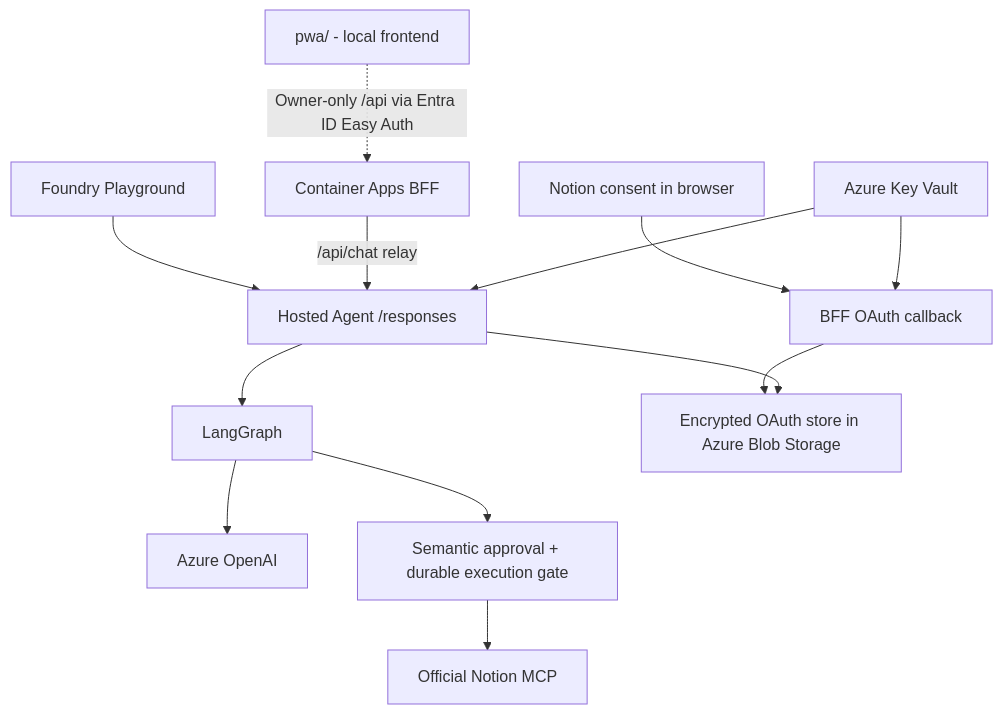
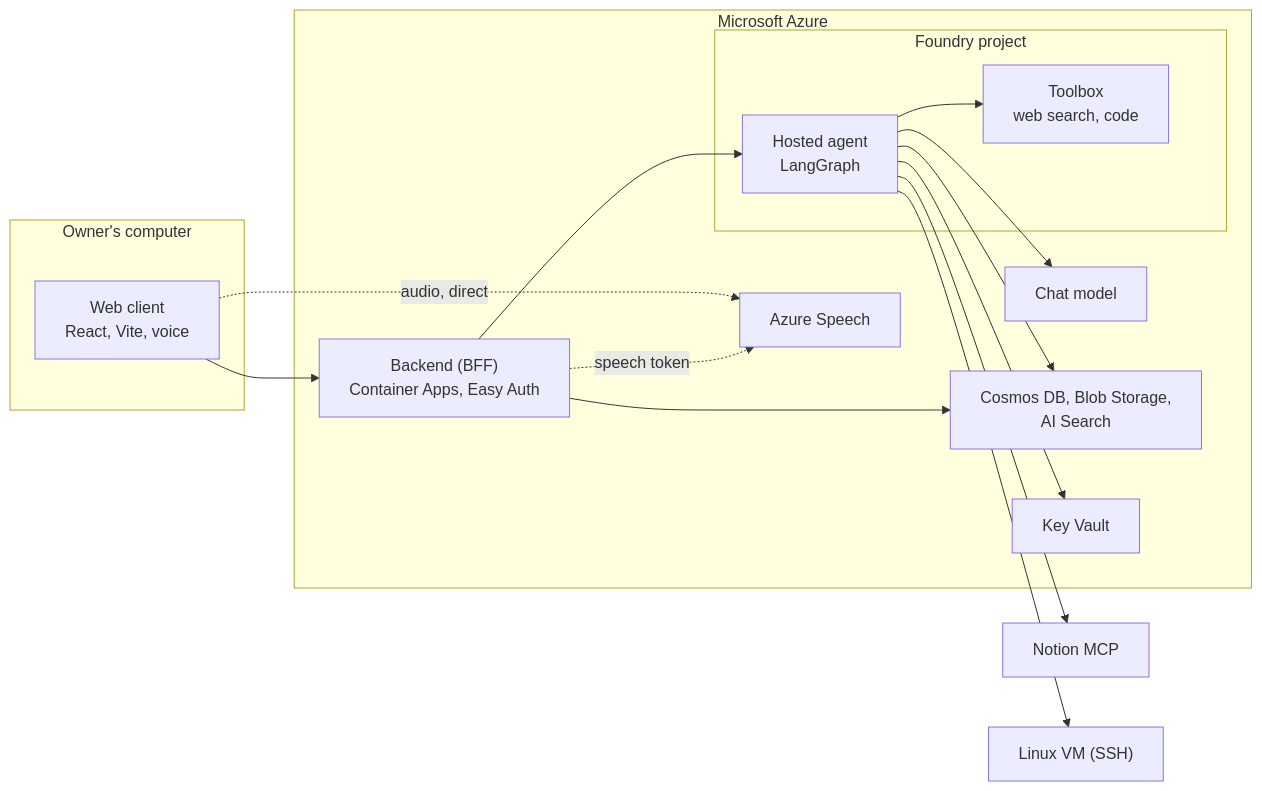
One commit to boussecsou/savant-azurian changed the diagram in README.md. Above: the diagram before and after it, drawn with Mermaid. The commit also changed other lines of this file and 22 other files, not shown here.

````diff
--- a/README.md
+++ b/README.md
@@ -38,17 +39,29 @@
 ```mermaid
-flowchart TD
-    Playground[Foundry Playground] --> Agent[Hosted Agent /responses]
-    PWA[pwa/ - local frontend] -. Owner-only /api via Entra ID Easy Auth .-> BFF[Container Apps BFF]
-    BFF -->|/api/chat relay| Agent
+flowchart LR
+  subgraph Local["Owner's computer"]
+    Web["Web client<br/>React, Vite, voice"]
+  end
+  subgraph Azure["Microsoft Azure"]
+    BFF["Backend (BFF)<br/>Container Apps, Easy Auth"]
+    subgraph Foundry["Foundry project"]
+      Agent["Hosted agent<br/>LangGraph"]
+      Toolbox["Toolbox<br/>web search, code"]
+    end
+    Model["Chat model"]
+    Speech["Azure Speech"]
+    Data["Cosmos DB, Blob Storage,<br/>AI Search"]
+    Vault["Key Vault"]
+  end
+  Notion["Notion MCP"]
+  VM["Linux VM (SSH)"]
 
-    Agent --> Graph[LangGraph]
-    Graph --> Model[Azure OpenAI]
-    Graph --> Approval[Semantic approval + durable execution gate]
-    Approval --> MCP[Official Notion MCP]
-
-    Browser[Notion consent in browser] --> Callback[BFF OAuth callback]
-    Callback --> Store[Encrypted OAuth store in Azure Blob Storage]
-    Agent --> Store
-    Vault[Azure Key Vault] --> Callback
-    Vault --> Agent
+  Web --> BFF --> Agent --> Model
+  Agent --> Toolbox
+  Agent --> Notion
+  Agent --> VM
+  Agent --> Data
+  Agent --> Vault
+  BFF --> Data
+  Web -. audio, direct .-> Speech
+  BFF -. speech token .-> Speech
 ```
````
